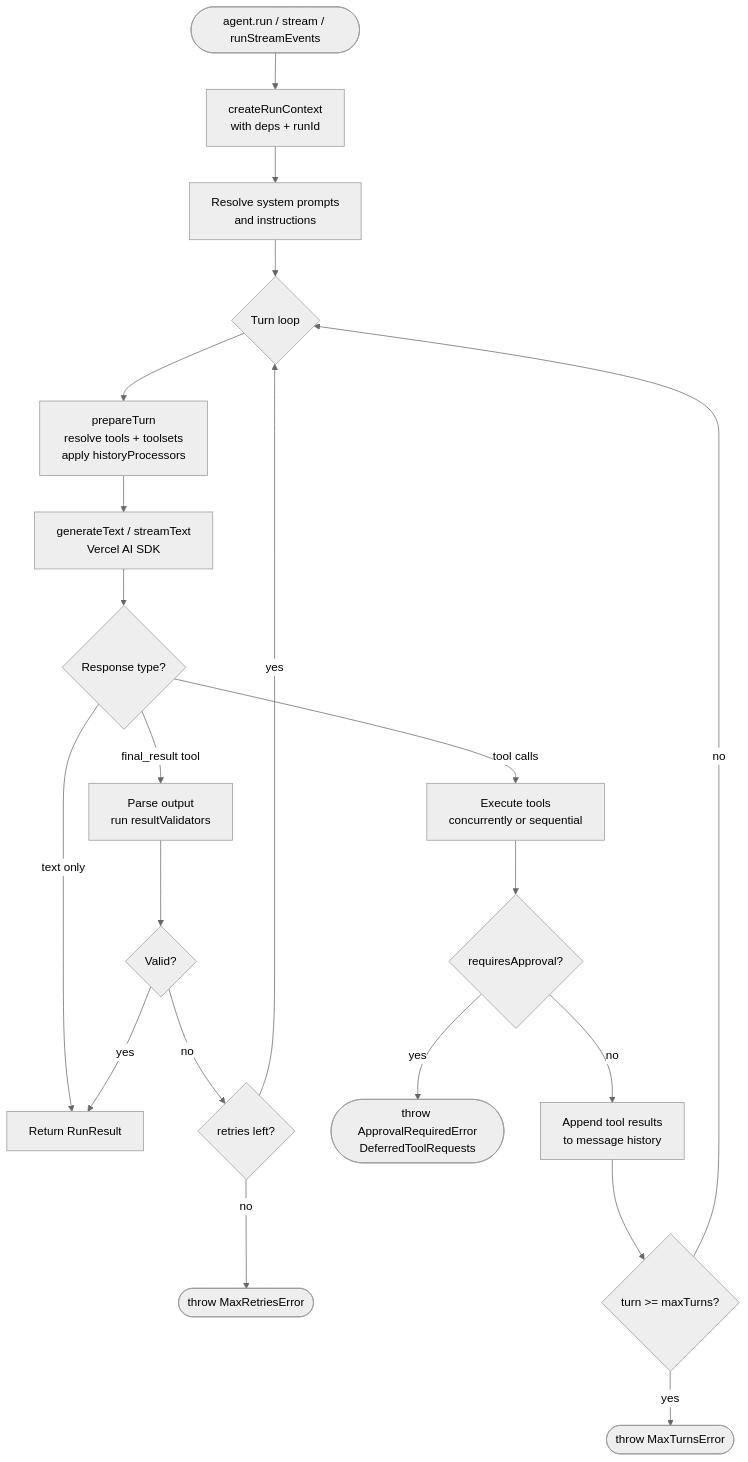
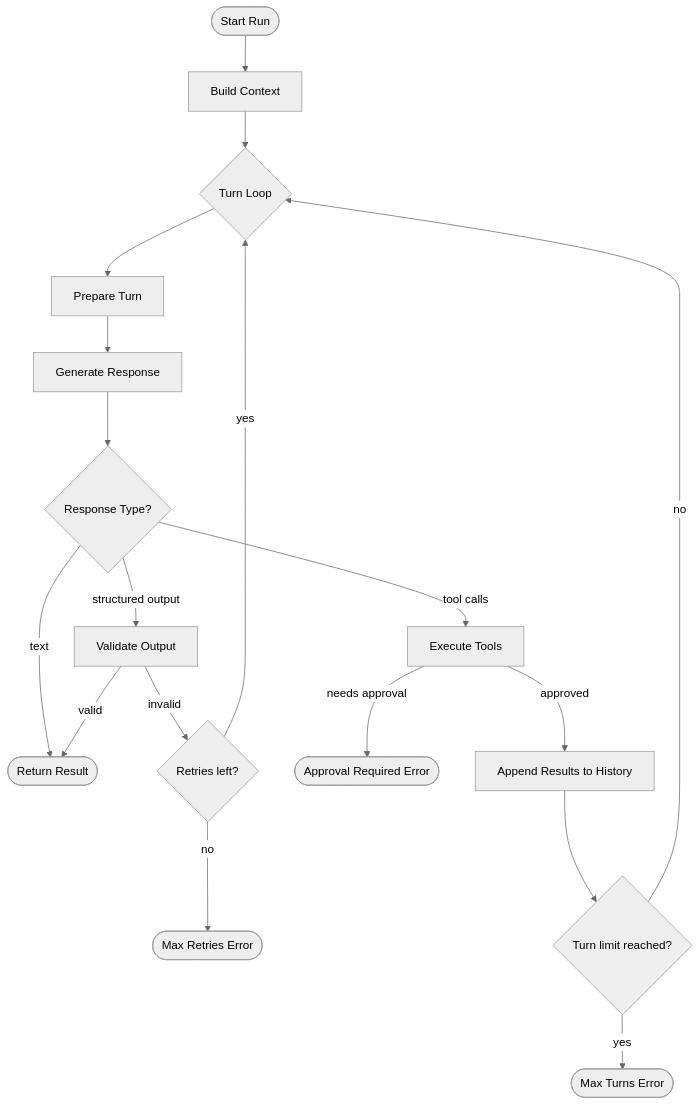
The diagram in packages/framework/docs/concepts/agents.mdx (a7ul/vibes), drawn with Mermaid (neutral theme) before and after one commit. The commit also changed 26 other files, not shown here.

````diff
--- a/packages/framework/docs/concepts/agents.mdx
+++ b/packages/framework/docs/concepts/agents.mdx
@@ -14,23 +14,20 @@
 ```mermaid
 flowchart TD
-    A([agent.run / stream / runStreamEvents]) --> B[createRunContext\nwith deps + runId]
-    B --> C[Resolve system prompts\nand instructions]
-    C --> D{Turn loop}
-    D --> E[prepareTurn\nresolve tools + toolsets\napply historyProcessors]
-    E --> F[generateText / streamText\nVercel AI SDK]
-    F --> G{Response type?}
-    G -- text only --> H[Return RunResult]
-    G -- final_result tool --> I[Parse output\nrun resultValidators]
-    I --> J{Valid?}
-    J -- yes --> H
-    J -- no --> K{retries left?}
-    K -- yes --> D
-    K -- no --> L([throw MaxRetriesError])
-    G -- tool calls --> M[Execute tools\nconcurrently or sequential]
-    M --> N{requiresApproval?}
-    N -- yes --> O([throw ApprovalRequiredError\nDeferredToolRequests])
-    N -- no --> P[Append tool results\nto message history]
-    P --> Q{turn >= maxTurns?}
-    Q -- yes --> R([throw MaxTurnsError])
-    Q -- no --> D
+    A([Start Run]) --> B[Build Context]
+    B --> C{Turn Loop}
+    C --> D[Prepare Turn]
+    D --> E[Generate Response]
+    E --> F{Response Type?}
+    F -- text --> G([Return Result])
+    F -- structured output --> H[Validate Output]
+    H -- valid --> G
+    H -- invalid --> I{Retries left?}
+    I -- yes --> C
+    I -- no --> J([Max Retries Error])
+    F -- tool calls --> K[Execute Tools]
+    K -- needs approval --> L([Approval Required Error])
+    K -- approved --> M[Append Results to History]
+    M --> N{Turn limit reached?}
+    N -- yes --> O([Max Turns Error])
+    N -- no --> C
 ```
````
